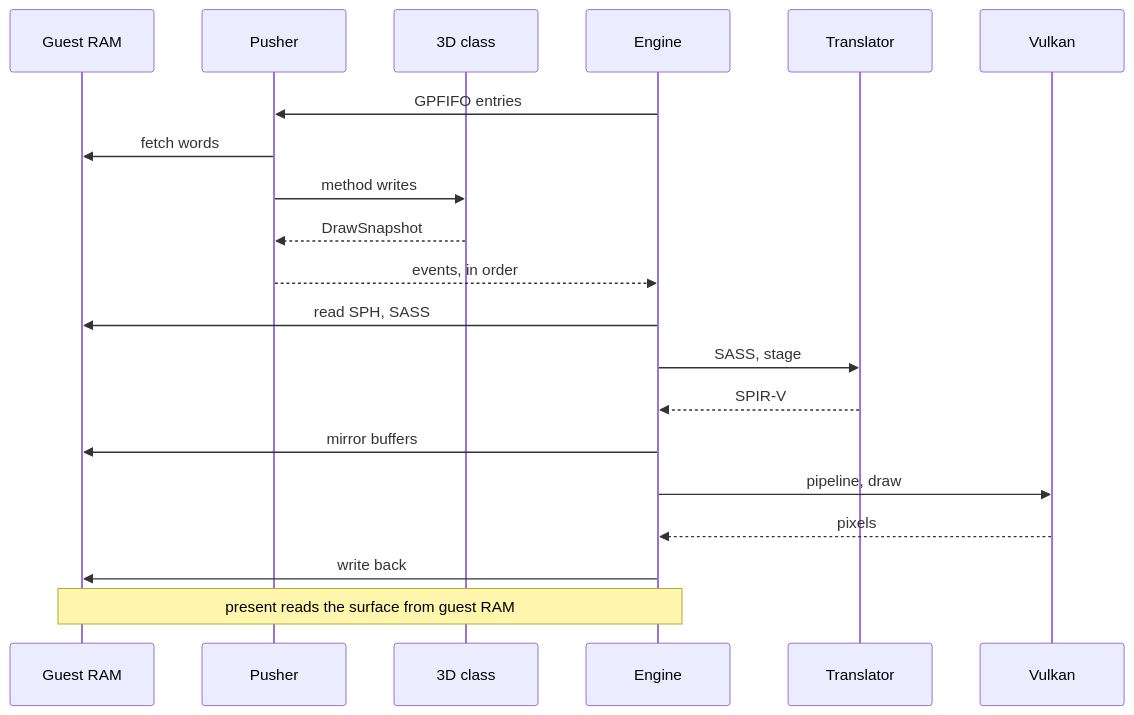
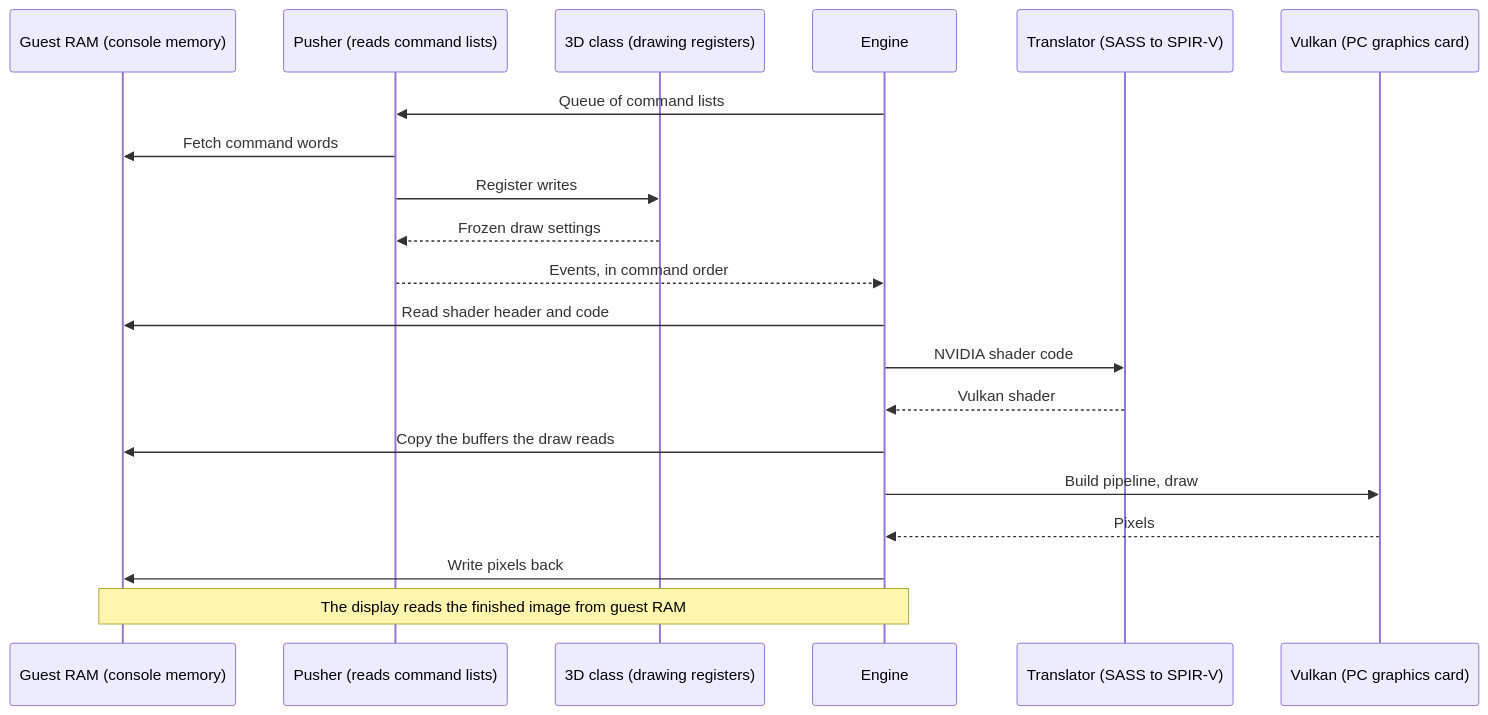
One commit to 0xNikilite/oboromi changed the first of 2 diagrams in docs/architecture/gpu-pipeline.md. Above: the diagram before and after it, drawn with Mermaid. The commit also changed other lines of this file and 22 other files, not shown here.

````diff
--- a/docs/architecture/gpu-pipeline.md
+++ b/docs/architecture/gpu-pipeline.md
@@ -5,22 +7,22 @@
 ```mermaid
 sequenceDiagram
-    participant RAM as Guest RAM
-    participant P as Pusher
-    participant C as 3D class
+    participant RAM as Guest RAM (console memory)
+    participant P as Pusher (reads command lists)
+    participant C as 3D class (drawing registers)
     participant E as Engine
-    participant T as Translator
-    participant V as Vulkan
-    E->>P: GPFIFO entries
-    P->>RAM: fetch words
-    P->>C: method writes
-    C-->>P: DrawSnapshot
-    P-->>E: events, in order
-    E->>RAM: read SPH, SASS
-    E->>T: SASS, stage
-    T-->>E: SPIR-V
-    E->>RAM: mirror buffers
-    E->>V: pipeline, draw
-    V-->>E: pixels
-    E->>RAM: write back
-    Note over E,RAM: present reads the surface from guest RAM
+    participant T as Translator (SASS to SPIR-V)
+    participant V as Vulkan (PC graphics card)
+    E->>P: Queue of command lists
+    P->>RAM: Fetch command words
+    P->>C: Register writes
+    C-->>P: Frozen draw settings
+    P-->>E: Events, in command order
+    E->>RAM: Read shader header and code
+    E->>T: NVIDIA shader code
+    T-->>E: Vulkan shader
+    E->>RAM: Copy the buffers the draw reads
+    E->>V: Build pipeline, draw
+    V-->>E: Pixels
+    E->>RAM: Write pixels back
+    Note over E,RAM: The display reads the finished image from guest RAM
 ```
````
